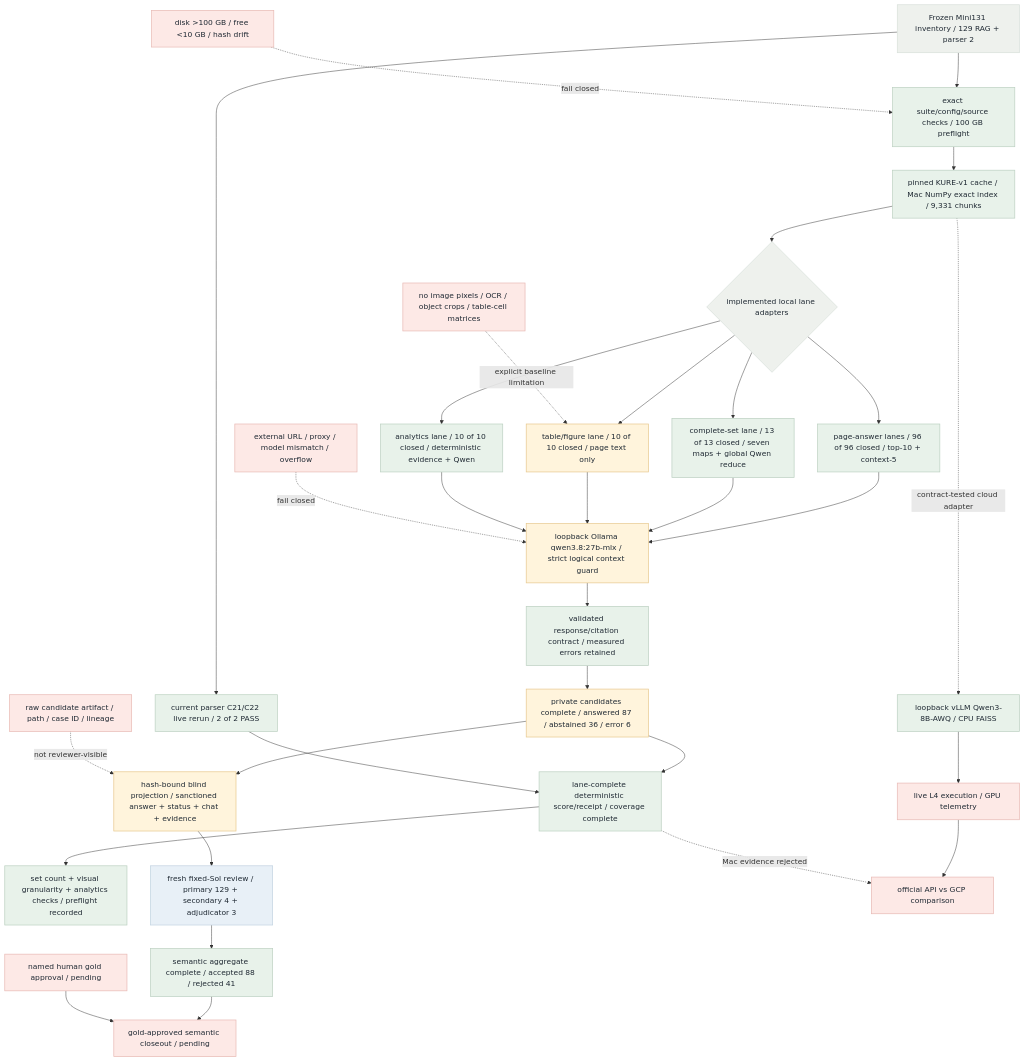
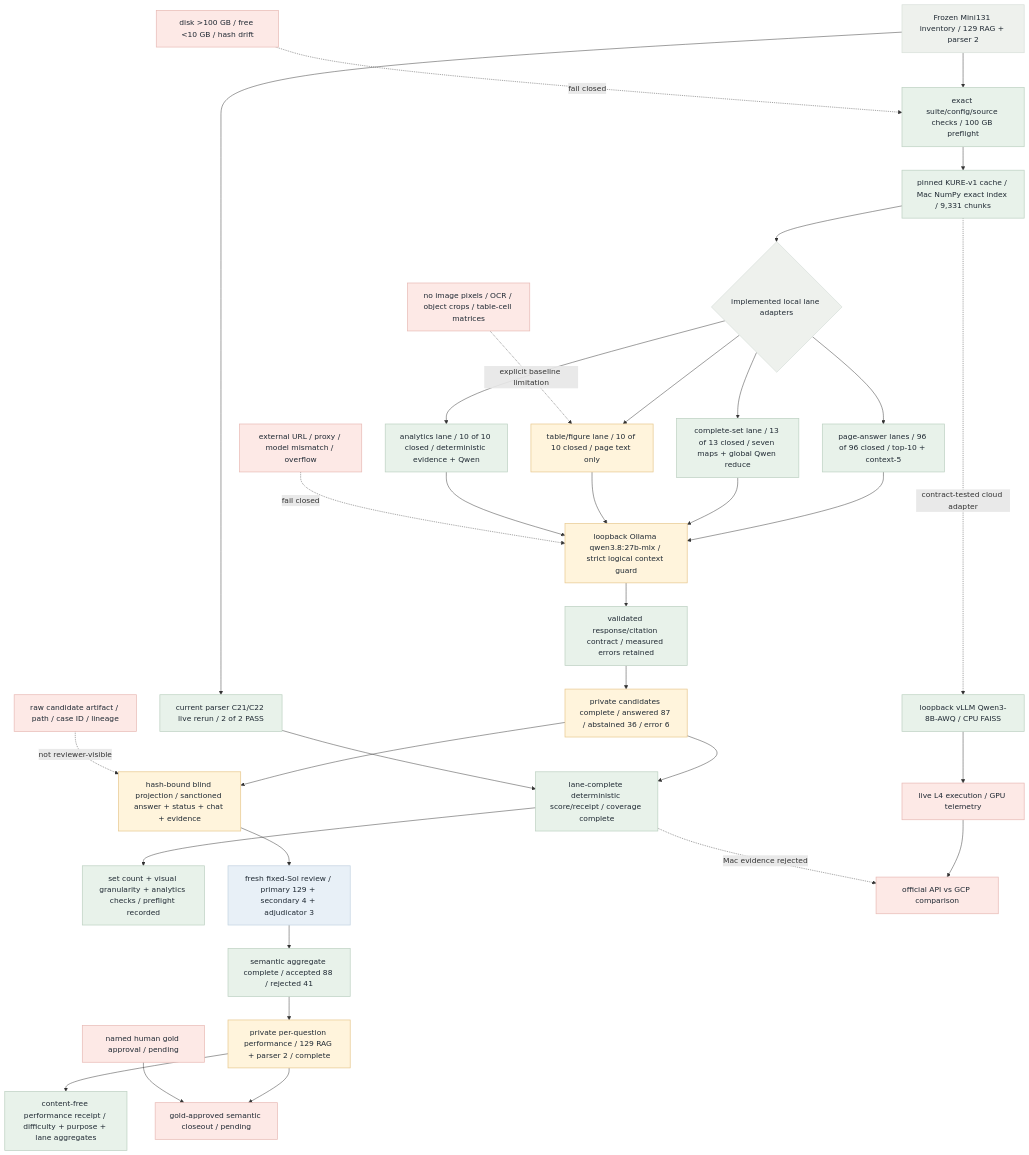
Before and after one commit to KongSeok/sprint-public-procurement-rag-assistant: the diagram in fivecircles/architecture/specs/gcp-local-baseline-current-flow.mmd, drawn with Mermaid. The commit also changed 11 other files, not shown here.

Commit message:
feat(eval): record per-question Mini131 performance

```diff
--- a/fivecircles/architecture/specs/gcp-local-baseline-current-flow.mmd
+++ b/fivecircles/architecture/specs/gcp-local-baseline-current-flow.mmd
@@ -1,43 +1,45 @@
 flowchart TD
     U["Frozen Mini131 inventory / 129 RAG + parser 2"]:::gray --> PF["exact suite/config/source checks / 100 GB preflight"]:::green
     PF --> K["pinned KURE-v1 cache / Mac NumPy exact index / 9,331 chunks"]:::green
     K --> D{"implemented local lane adapters"}:::gray
 
     D --> P["page-answer lanes / 96 of 96 closed / top-10 + context-5"]:::green
     D --> S["complete-set lane / 13 of 13 closed / seven maps + global Qwen reduce"]:::green
     D --> V["table/figure lane / 10 of 10 closed / page text only"]:::amber
     D --> A["analytics lane / 10 of 10 closed / deterministic evidence + Qwen"]:::green
 
     P --> O["loopback Ollama qwen3.8:27b-mlx / strict logical context guard"]:::amber
     S --> O
     V --> O
     A --> O
     O --> R["validated response/citation contract / measured errors retained"]:::green
     R --> T["private candidates complete / answered 87 / abstained 36 / error 6"]:::amber
     T --> M["lane-complete deterministic score/receipt / coverage complete"]:::green
     M --> MC["set count + visual granularity + analytics checks / preflight recorded"]:::green
 
     U --> PR["current parser C21/C22 live rerun / 2 of 2 PASS"]:::green
     PR --> M
 
     T --> BP["hash-bound blind projection / sanctioned answer + status + chat + evidence"]:::amber
     RAW["raw candidate artifact / path / case ID / lineage"]:::red -. "not reviewer-visible" .-> BP
     BP --> SOL["fresh fixed-Sol review / primary 129 + secondary 4 + adjudicator 3"]:::blue
     SOL --> SEM["semantic aggregate complete / accepted 88 / rejected 41"]:::green
-    SEM --> FC["gold-approved semantic closeout / pending"]:::red
+    SEM --> PE["private per-question performance / 129 RAG + parser 2 / complete"]:::amber
+    PE --> PUB["content-free performance receipt / difficulty + purpose + lane aggregates"]:::green
+    PE --> FC["gold-approved semantic closeout / pending"]:::red
     H["named human gold approval / pending"]:::red --> FC
 
     K -. "contract-tested cloud adapter" .-> VA["loopback vLLM Qwen3-8B-AWQ / CPU FAISS"]:::green
     VA --> L4["live L4 execution / GPU telemetry"]:::red
     L4 --> AB["official API vs GCP comparison"]:::red
     M -. "Mac evidence rejected" .-> AB
 
     X["external URL / proxy / model mismatch / overflow"]:::red -. "fail closed" .-> O
     Z["disk >100 GB / free <10 GB / hash drift"]:::red -. "fail closed" .-> PF
     PX["no image pixels / OCR / object crops / table-cell matrices"]:::red -. "explicit baseline limitation" .-> V
 
     classDef green fill:#e8f2ea,stroke:#bdd1c2,color:#1f2933,stroke-width:1.5px
     classDef blue fill:#e8f0f7,stroke:#c2d3e0,color:#1f2933,stroke-width:1.5px
     classDef amber fill:#fff4dc,stroke:#e7c88f,color:#1f2933,stroke-width:1.5px
     classDef red fill:#fde9e6,stroke:#e8bab5,color:#1f2933,stroke-width:1.5px
     classDef gray fill:#eef1ed,stroke:#d8e0da,color:#1f2933,stroke-width:1.5px
```
